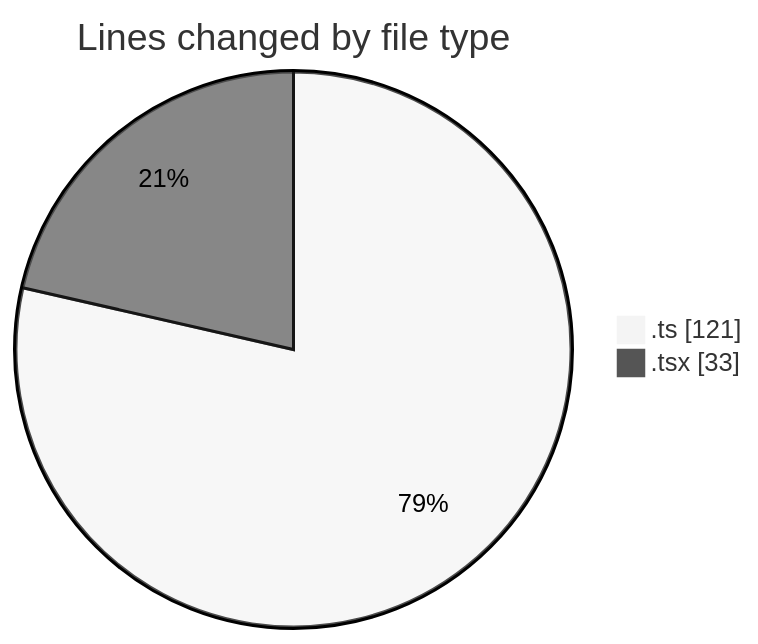
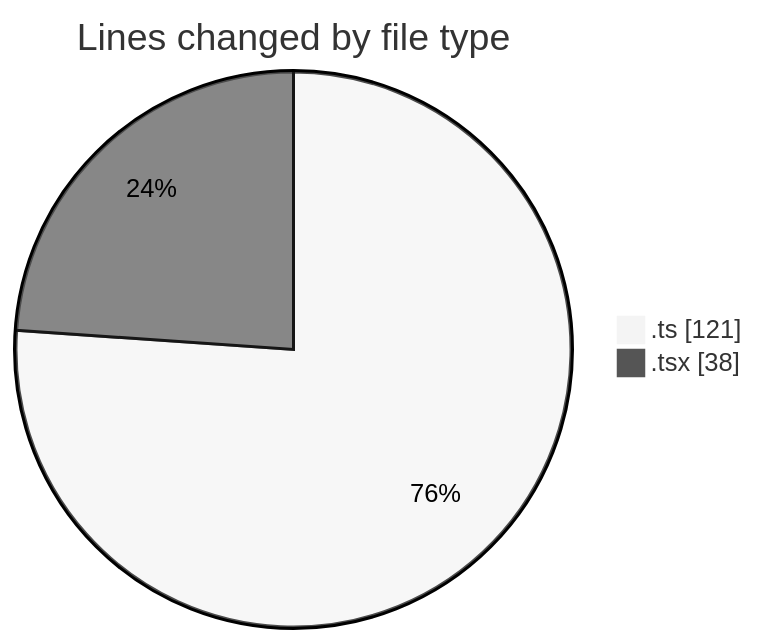
The first of 2 diagrams in 2025-10-22/eventscop-frontend-guide__workspace_/README.md (julien-gomy/code-tracking), drawn with Mermaid (neutral theme) before and after one commit. The commit also changed other lines of this file and 1 other file, not shown here.

````diff
--- a/2025-10-22/eventscop-frontend-guide__workspace_/README.md
+++ b/2025-10-22/eventscop-frontend-guide__workspace_/README.md
@@ -23,6 +24,6 @@
 ```mermaid
 pie showData
 title Lines changed by file type
 ".ts" : 121
-".tsx" : 33
+".tsx" : 38
 ```
````
